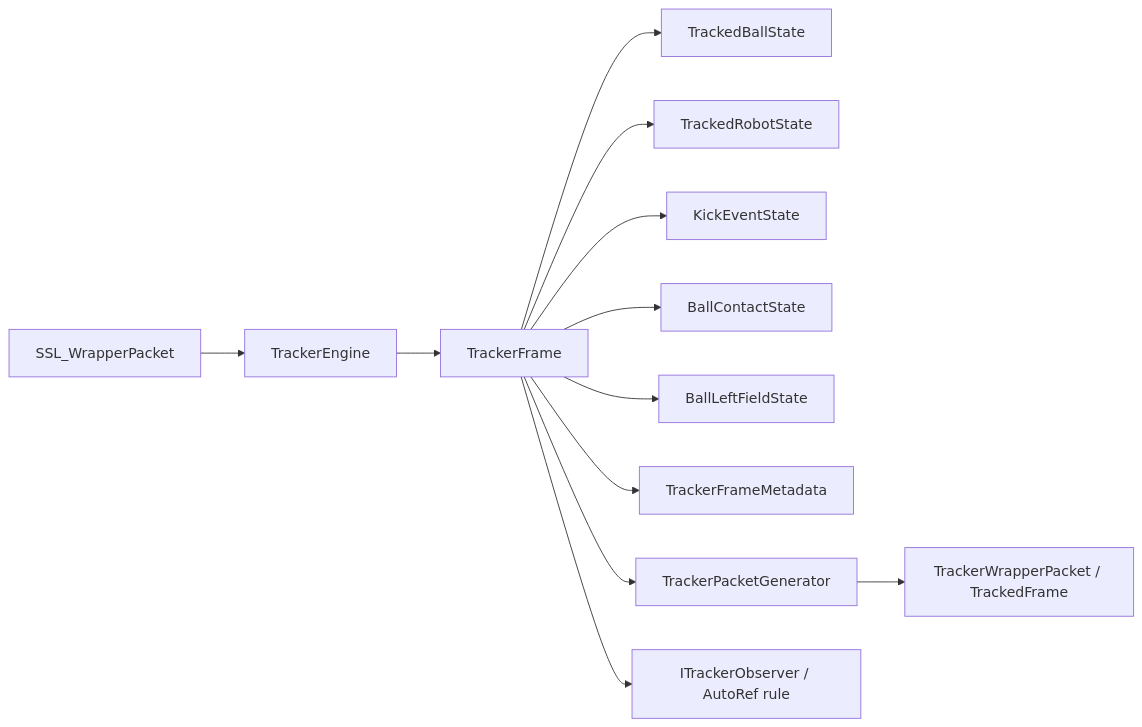
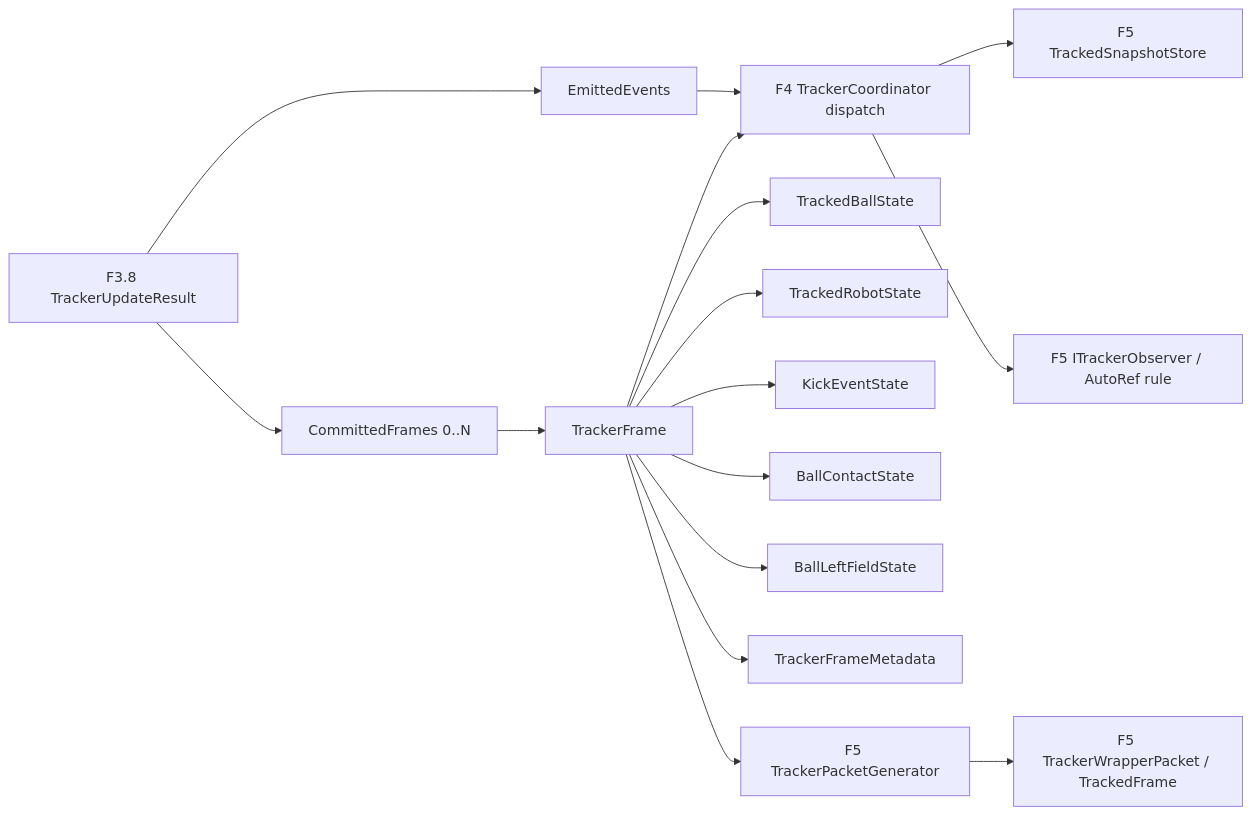
One commit to ibis-ssl/Duck changed the seventh of 11 diagrams in Tracker/Design/Core/tracker-architecture-plan.md. Above: the diagram before and after it, drawn with Mermaid. The commit also changed other lines of this file, not shown here.

Commit message:
docs(tracker): 全体フローと詳細図の対応を明示する

````diff
--- a/Tracker/Design/Core/tracker-architecture-plan.md
+++ b/Tracker/Design/Core/tracker-architecture-plan.md
@@ -221,16 +291,23 @@
 ```mermaid
 flowchart LR
-    Raw["SSL_WrapperPacket"] --> Engine["TrackerEngine"]
-    Engine --> Frame["TrackerFrame"]
+    Result["F3.8 TrackerUpdateResult"]
+    Frames["CommittedFrames 0..N"]
+    Events["EmittedEvents"]
+    Frame["TrackerFrame"]
+    Dispatch["F4 TrackerCoordinator dispatch"]
+
+    Result --> Frames --> Frame --> Dispatch
+    Result --> Events --> Dispatch
 
     Frame --> Ball["TrackedBallState"]
     Frame --> Robot["TrackedRobotState"]
     Frame --> Kick["KickEventState"]
     Frame --> Contact["BallContactState"]
     Frame --> Left["BallLeftFieldState"]
     Frame --> Metadata["TrackerFrameMetadata"]
 
-    Frame --> Generator["TrackerPacketGenerator"]
-    Generator --> Official["TrackerWrapperPacket / TrackedFrame"]
-    Frame --> Observer["ITrackerObserver / AutoRef rule"]
+    Dispatch --> Store["F5 TrackedSnapshotStore"]
+    Frame --> Generator["F5 TrackerPacketGenerator"]
+    Generator --> Official["F5 TrackerWrapperPacket / TrackedFrame"]
+    Dispatch --> Observer["F5 ITrackerObserver / AutoRef rule"]
 ```
````
